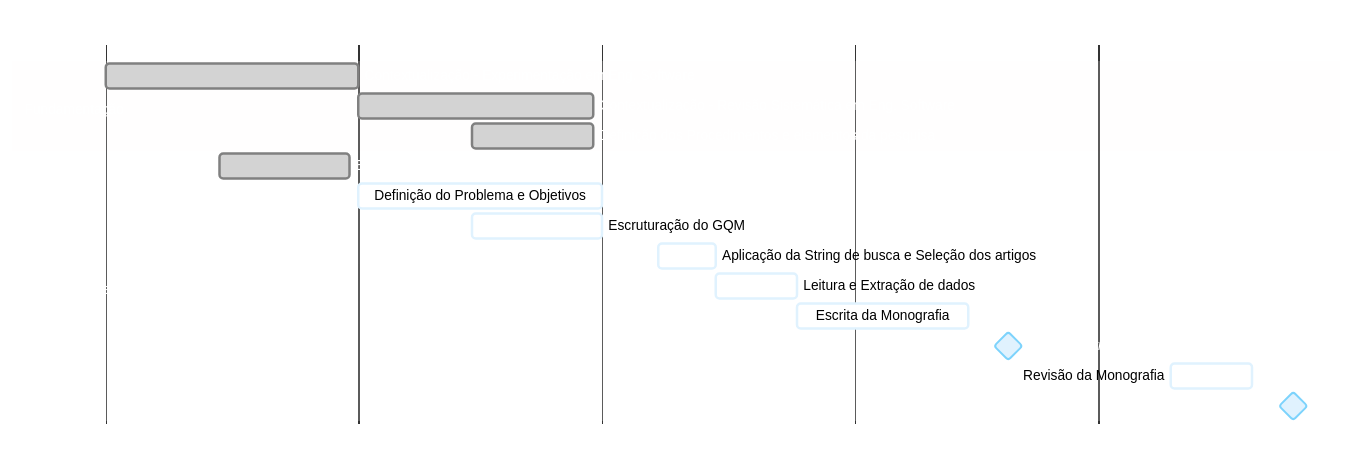
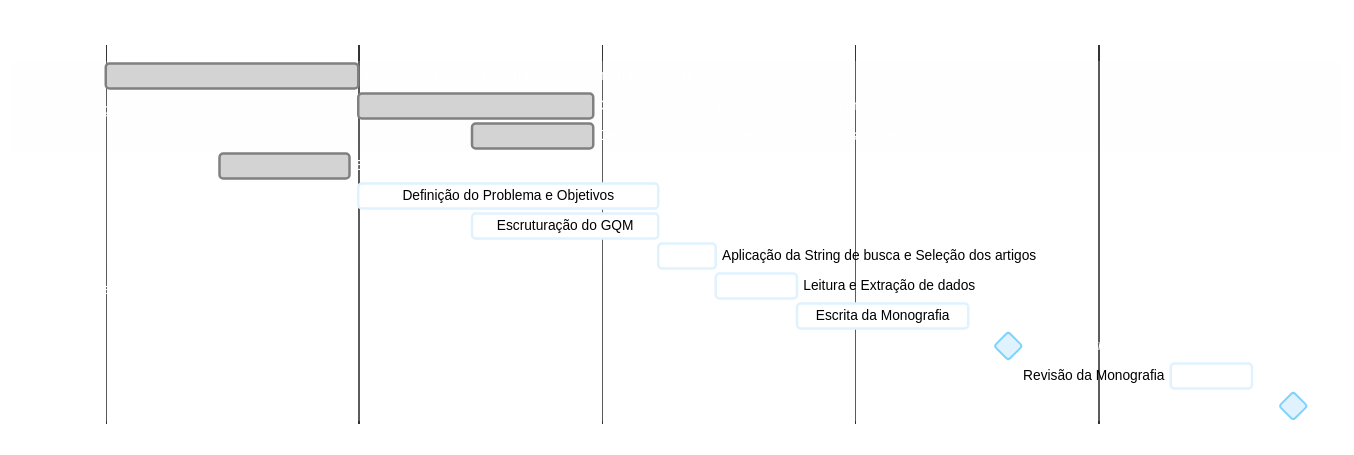
Before and after one commit to storch7/TCC_gstorch: the diagram in CRONOGRAMA.md, drawn with Mermaid.

Commit message:
Readequação do gantt

````diff
--- a/CRONOGRAMA.md
+++ b/CRONOGRAMA.md
@@ -9,23 +9,23 @@
 ```mermaid
 %%{init: { 'theme': 'base', 'themeVariables': { 'primaryColor': '#e0f2fe', 'primaryBorderColor': '#7dd3fc', 'primaryTextColor': '#ffffff', 'taskTextDarkColor': '#000000', 'taskTextLightColor': '#000000', 'taskTextOutsideColor': '#ffffff', 'titleColor': '#ffffff', 'textColor': '#ffffff', 'gridColor': '#94a3b8' } }}%%
 gantt
     title Cronograma de Atividades - TCC 1
     dateFormat  YYYY-MM-DD
     axisFormat  %m/%y
     
     section Fundamentação
     Contextualização - Experimentação em Eng. Software     :done, a1, 2026-03-01, 2026-04-01
     Contextualização - Revisão Sistemática em Eng. Software     :done, a2, 2026-04-01, 2026-04-30
     Definição dos Procedimentos e elementos da pesquisa   :done, a3, 2026-04-15, 2026-04-30
 
     section Desenvolvimento
     Busca e Seleção de Artigos iniciais           :done, b1, 2026-03-15, 2026-03-31
-    Definição do Problema e Objetivos    :active, b2, 2026-04-01, 2026-05-01
-    Escruturação do GQM                  :active, b3, 2026-04-15, 2026-05-01
+    Definição do Problema e Objetivos    :active, b2, 2026-04-01, 2026-05-08
+    Escruturação do GQM                  :active, b3, 2026-04-15, 2026-05-08
     Aplicação da String de busca e Seleção dos artigos          :active, c1, 2026-05-08, 2026-05-15
     Leitura e Extração de dados                     :active, c2, 2026-05-15, 2026-05-25
     Escrita da Monografia                :active, c3, 2026-05-25, 2026-06-15
     Envio da Primeira Versão             :milestone, m1, 2026-06-20, 0d
     Revisão da Monografia          :active, c4, 2026-07-10, 2026-07-20
     Apresentação do TCC1                 :milestone, m2, 2026-07-25, 0d
 ```
````
